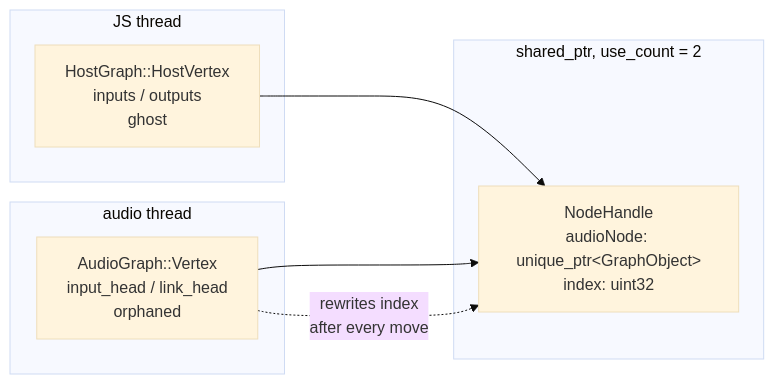
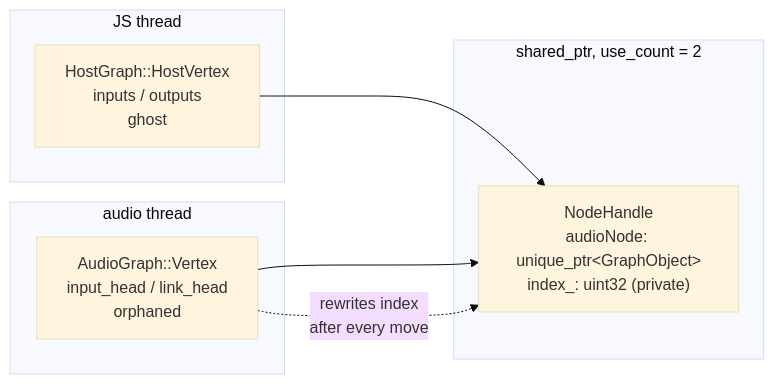
The first of 11 diagrams in packages/internaldocs/docs/graph/graph-implementation.mdx (software-mansion/react-native-audio-api), drawn with Mermaid (base theme) before and after one commit. The commit also changed other lines of this file and 15 other files, not shown here.

Commit message:
fix: do not use raw index of the node, access it always via handle

````diff
--- a/packages/internaldocs/docs/graph/graph-implementation.mdx
+++ b/packages/internaldocs/docs/graph/graph-implementation.mdx
@@ -35,15 +39,15 @@
 ```mermaid
 flowchart LR
   subgraph JS["JS thread"]
     HN["HostGraph::HostVertex<br/>inputs / outputs<br/>ghost"]
   end
   subgraph shared["shared_ptr, use_count = 2"]
-    H["NodeHandle<br/>audioNode: unique_ptr&lt;GraphObject&gt;<br/>index: uint32"]
+    H["NodeHandle<br/>audioNode: unique_ptr&lt;GraphObject&gt;<br/>index_: uint32 (private)"]
   end
   subgraph audio["audio thread"]
     AN["AudioGraph::Vertex<br/>input_head / link_head<br/>orphaned"]
   end
   HN --> H
   AN --> H
   AN -. "rewrites index<br/>after every move" .-> H
 ```
````
